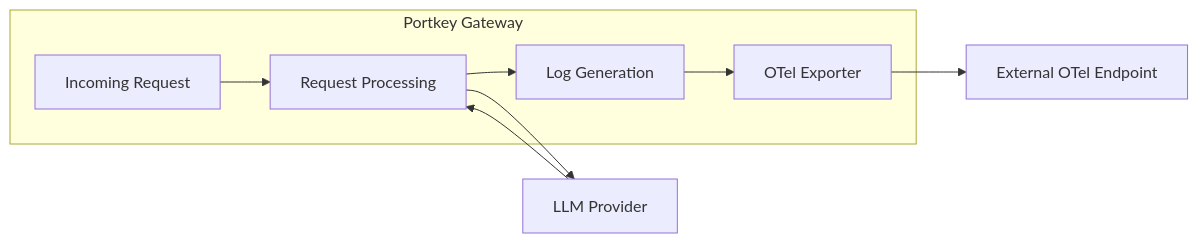
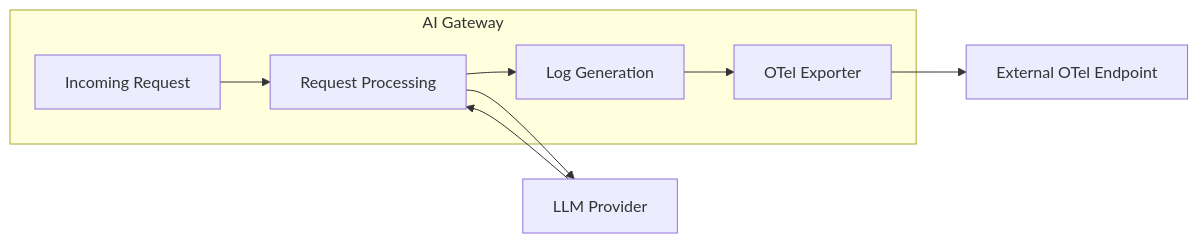
The diagram in aigw/product/enterprise-offering/otel/complete-logs.mdx (Portkey-AI/docs-core), drawn with Mermaid before and after one commit. The commit also changed 174 other files, not shown here.

````diff
--- a/aigw/product/enterprise-offering/otel/complete-logs.mdx
+++ b/aigw/product/enterprise-offering/otel/complete-logs.mdx
@@ -47,19 +47,19 @@
 ```mermaid
 graph LR
-    subgraph Portkey Gateway
+    subgraph AI Gateway
         REQ[Incoming Request]
         PROC[Request Processing]
         LOG[Log Generation]
         PUSH[OTel Exporter]
     end
 
     LLM[LLM Provider]
     OTel[External OTel Endpoint]
 
     REQ --> PROC
     PROC --> LLM
     LLM --> PROC
     PROC --> LOG
     LOG --> PUSH
     PUSH --> OTel
 ```
````
